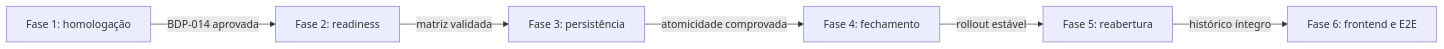
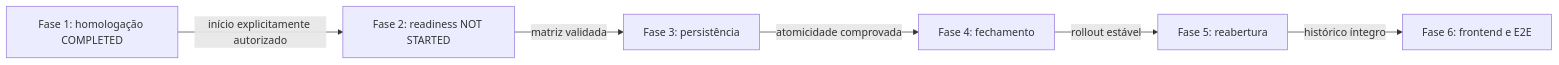
The diagram in docs/project-management/ETP-014_IMPLEMENTATION_PLAN.md (GuilhermeEstrelaDEV/dp-system), drawn with Mermaid before and after one commit. The commit also changed other lines of this file and 8 other files, not shown here.

````diff
--- a/docs/project-management/ETP-014_IMPLEMENTATION_PLAN.md
+++ b/docs/project-management/ETP-014_IMPLEMENTATION_PLAN.md
@@ -292,8 +317,8 @@
 ```mermaid
 flowchart LR
-    F1[Fase 1: homologação] -->|BDP-014 aprovada| F2[Fase 2: readiness]
+    F1[Fase 1: homologação COMPLETED] -->|início explicitamente autorizado| F2[Fase 2: readiness NOT STARTED]
     F2 -->|matriz validada| F3[Fase 3: persistência]
     F3 -->|atomicidade comprovada| F4[Fase 4: fechamento]
     F4 -->|rollout estável| F5[Fase 5: reabertura]
     F5 -->|histórico íntegro| F6[Fase 6: frontend e E2E]
 ```
````
